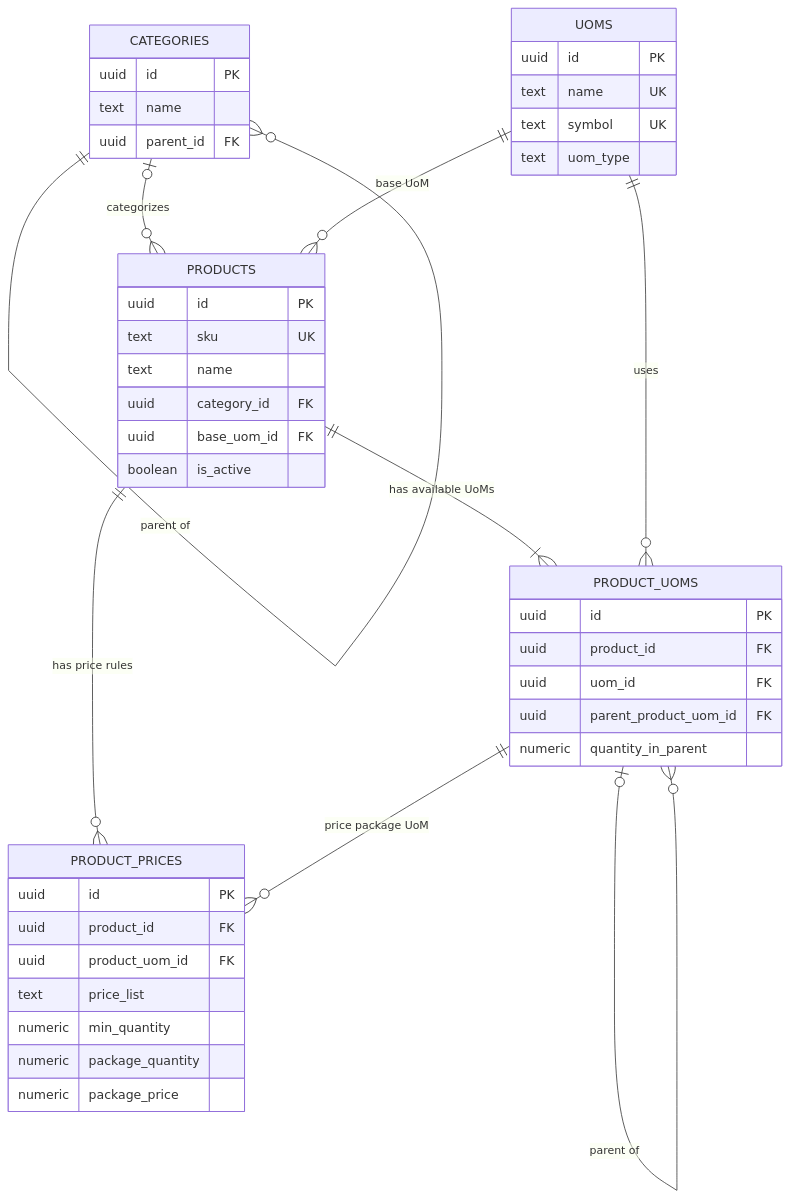
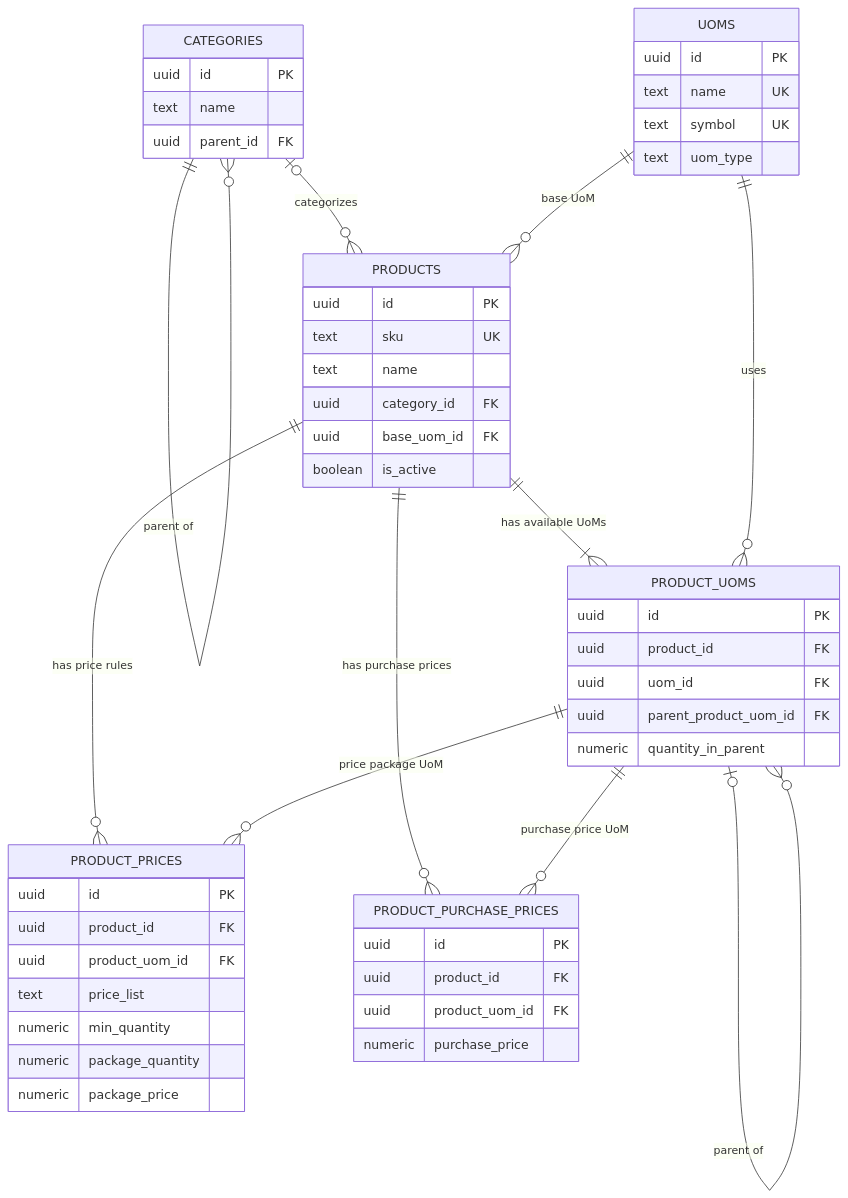
One commit to rizkikadafi/shop-management changed the diagram in docs/product_database_design.md. Above: the diagram before and after it, drawn with Mermaid. The commit also changed other lines of this file and 11 other files, not shown here.

First line of the commit message:
feat: record per-unit purchase prices with conversion-based derivation

````diff
--- a/docs/product_database_design.md
+++ b/docs/product_database_design.md
@@ -30,51 +32,60 @@
 ```mermaid
 erDiagram
     CATEGORIES ||--o{ CATEGORIES : "parent of"
     CATEGORIES o|--o{ PRODUCTS : categorizes
     UOMS ||--o{ PRODUCTS : "base UoM"
     PRODUCTS ||--|{ PRODUCT_UOMS : "has available UoMs"
     UOMS ||--o{ PRODUCT_UOMS : "uses"
     PRODUCT_UOMS o|--o{ PRODUCT_UOMS : "parent of"
     PRODUCTS ||--o{ PRODUCT_PRICES : "has price rules"
     PRODUCT_UOMS ||--o{ PRODUCT_PRICES : "price package UoM"
+    PRODUCTS ||--o{ PRODUCT_PURCHASE_PRICES : "has purchase prices"
+    PRODUCT_UOMS ||--o{ PRODUCT_PURCHASE_PRICES : "purchase price UoM"
 
     CATEGORIES {
         uuid id PK
         text name
         uuid parent_id FK
     }
 
     UOMS {
         uuid id PK
         text name UK
         text symbol UK
         text uom_type
     }
 
     PRODUCTS {
         uuid id PK
         text sku UK
         text name
         uuid category_id FK
         uuid base_uom_id FK
         boolean is_active
     }
 
     PRODUCT_UOMS {
         uuid id PK
         uuid product_id FK
         uuid uom_id FK
         uuid parent_product_uom_id FK
         numeric quantity_in_parent
     }
 
     PRODUCT_PRICES {
         uuid id PK
         uuid product_id FK
         uuid product_uom_id FK
         text price_list
         numeric min_quantity
         numeric package_quantity
         numeric package_price
     }
+
+    PRODUCT_PURCHASE_PRICES {
+        uuid id PK
+        uuid product_id FK
+        uuid product_uom_id FK
+        numeric purchase_price
+    }
 ```
````
